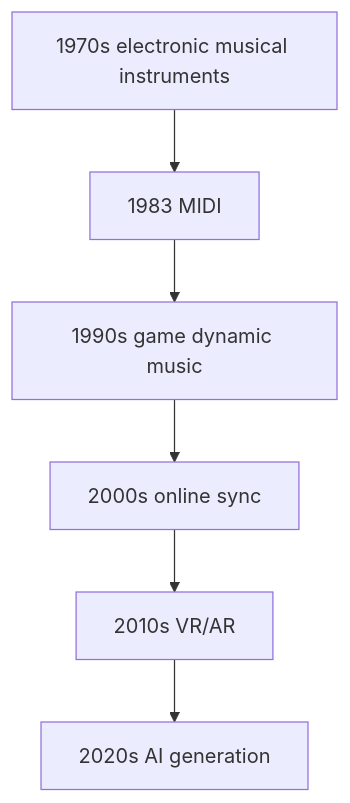
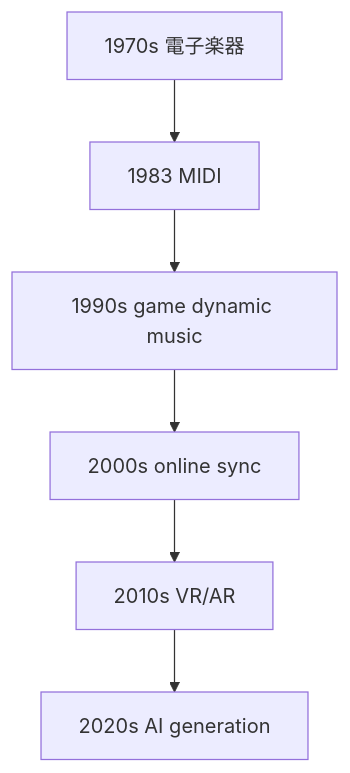
Before and after one commit to monumental-movement/monumental-movement.github.io: the first of 3 diagrams in en/_posts/2026-02-28-column-interactive-music-experience.md, drawn with Mermaid. The commit also changed other lines of this file and 497 other files, not shown here.

```diff
--- a/en/_posts/2026-02-28-column-interactive-music-experience.md
+++ b/en/_posts/2026-02-28-column-interactive-music-experience.md
@@ -92,8 +92,8 @@
 <div class="mermaid">
 flowchart TD
-A[1970s electronic musical instruments] --> B[1983 MIDI]
+A[1970s 電子楽器] --> B[1983 MIDI]
 B --> C[1990s game dynamic music]
 C --> D[2000s online sync]
 D --> E[2010s VR/AR]
 E --> F[2020s AI generation]
 </div>
```
